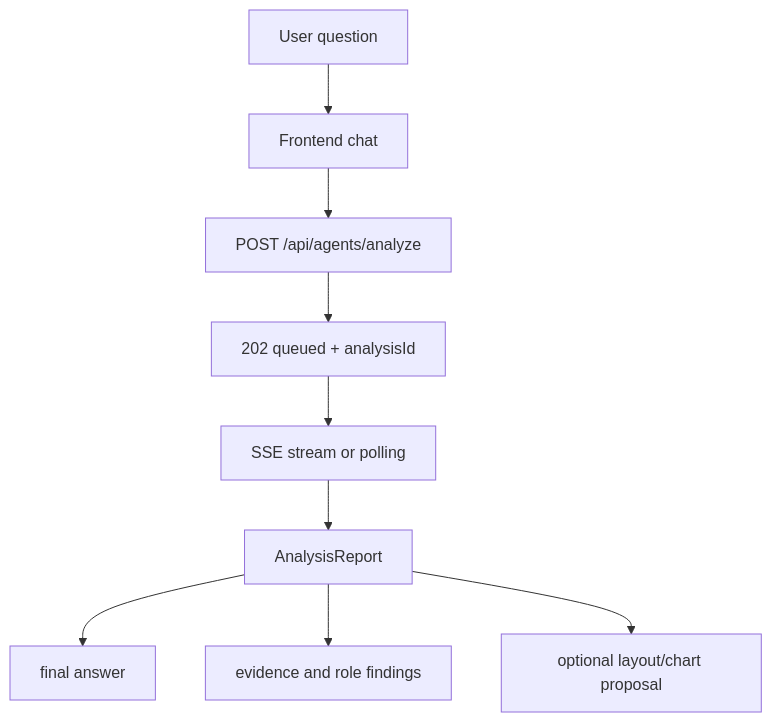
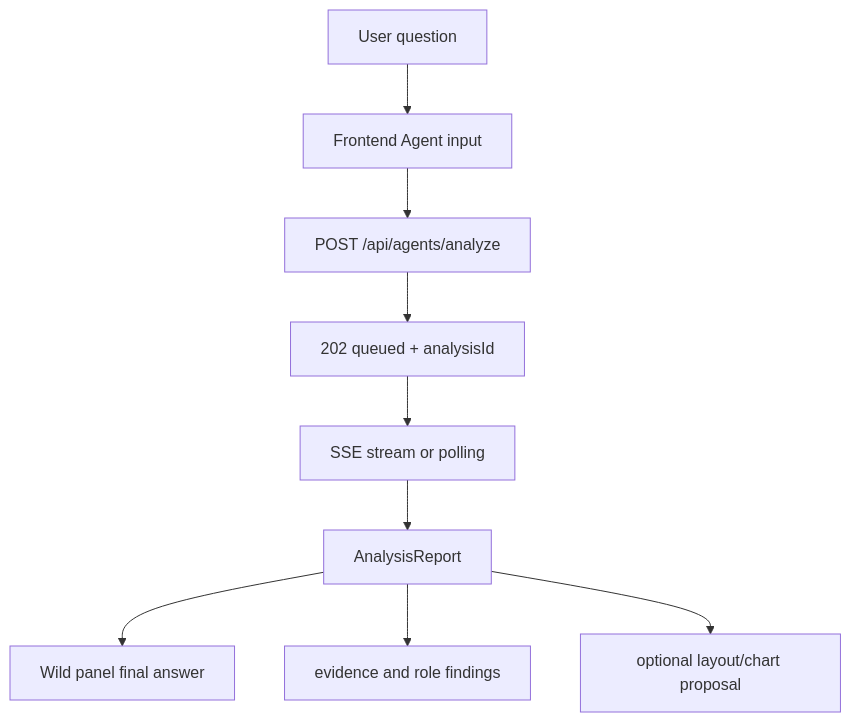
One commit to seunglee10/GOPS-BE changed the diagram in docs/AGENT_FRONTEND_INTEGRATION.md. Above: the diagram before and after it, drawn with Mermaid. The commit also changed other lines of this file, not shown here.

Commit message:
feat(frontend): add wild panels and quick order

````diff
--- a/docs/AGENT_FRONTEND_INTEGRATION.md
+++ b/docs/AGENT_FRONTEND_INTEGRATION.md
@@ -36,11 +52,11 @@
 ```mermaid
 flowchart TD
-  User["User question"] --> FE["Frontend chat"]
+  User["User question"] --> FE["Frontend Agent input"]
   FE --> Submit["POST /api/agents/analyze"]
   Submit --> Queued["202 queued + analysisId"]
   Queued --> Wait["SSE stream or polling"]
   Wait --> Report["AnalysisReport"]
-  Report --> Answer["final answer"]
+  Report --> Answer["Wild panel final answer"]
   Report --> Evidence["evidence and role findings"]
   Report --> OptionalUI["optional layout/chart proposal"]
 ```
````
